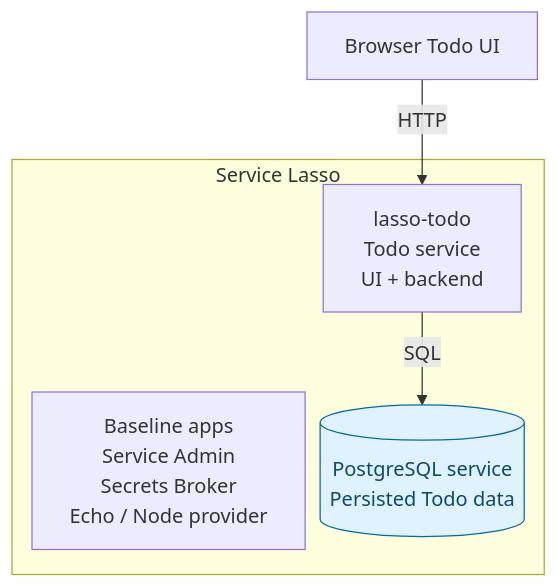
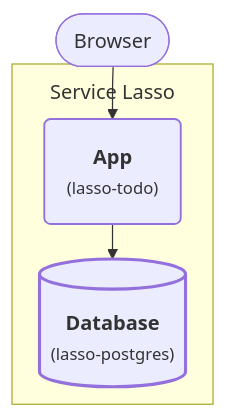
One commit to service-lasso/service-lasso changed the diagram in docs/getting-started/intermediate-make-todo-app-durable.md. Above: the diagram before and after it, drawn with Mermaid. The commit also changed other lines of this file and 6 other files, not shown here.

First line of the commit message:
docs: make tutorial architecture purpose-first and readable (#1671)

````diff
--- a/docs/getting-started/intermediate-make-todo-app-durable.md
+++ b/docs/getting-started/intermediate-make-todo-app-durable.md
@@ -18,16 +18,17 @@
 ```mermaid
-%%{init: {"flowchart": {"nodeSpacing": 12, "rankSpacing": 40}}}%%
+%%{init: {"flowchart": {"nodeSpacing": 24, "rankSpacing": 28, "padding": 18, "subGraphTitleMargin": {"top": 10, "bottom": 20}}, "themeVariables": {"fontFamily": "system-ui, sans-serif"}}}%%
 flowchart TB
-  accTitle: Stage 2: Add managed PostgreSQL
-  accDescr: Service Lasso manages the Todo app from stage one alongside baseline apps. Stage two adds PostgreSQL. Stage three adds a Go API between the Todo service and database. JSON storage belongs to the Todo service and is not a separate service.
-  browser["Browser Todo UI"]
+  accTitle: Stage 2: Add the Database
+  accDescr: The same App now saves todos in the Database. All application services run inside the Service Lasso boundary. Existing management and runtime services are listed in the adjacent table.
+  browser(["Browser"])
   subgraph lasso["Service Lasso"]
-    baseline["Baseline apps<br/>Service Admin<br/>Secrets Broker<br/>Echo / Node provider"]
-    todo["lasso-todo<br/>Todo service<br/>UI + backend"]
-    db[("PostgreSQL service<br/>Persisted Todo data")]
+    todo("<b>App</b><br/><small>(lasso-todo)</small>")
+    db[("<b>Database</b><br/><small>(lasso-postgres)</small>")]
   end
-  browser -->|HTTP| todo
-  todo -->|SQL| db
-  classDef added fill:#e0f2fe,stroke:#0369a1,color:#0c4a6e
+  browser --> todo
+  todo --> db
+  classDef service stroke-width:1.5px
+  classDef added stroke-width:2.5px
+  class todo,db service
   class db added
 ```
````
